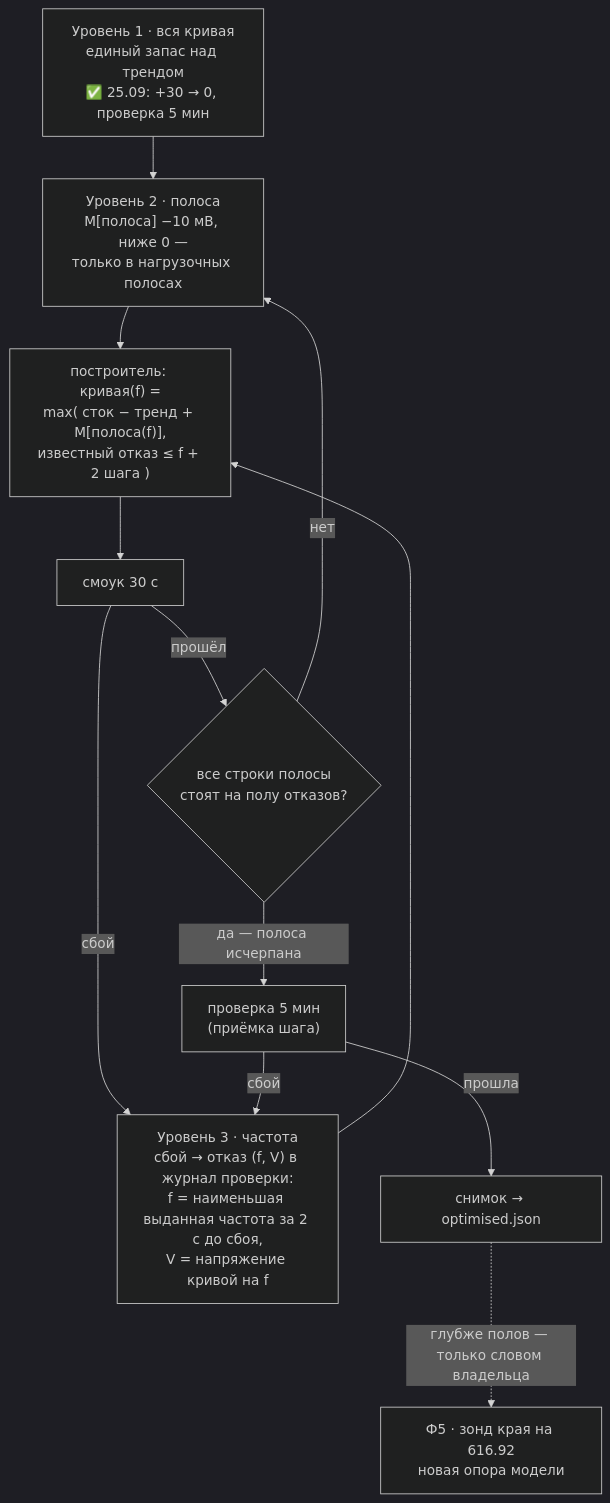
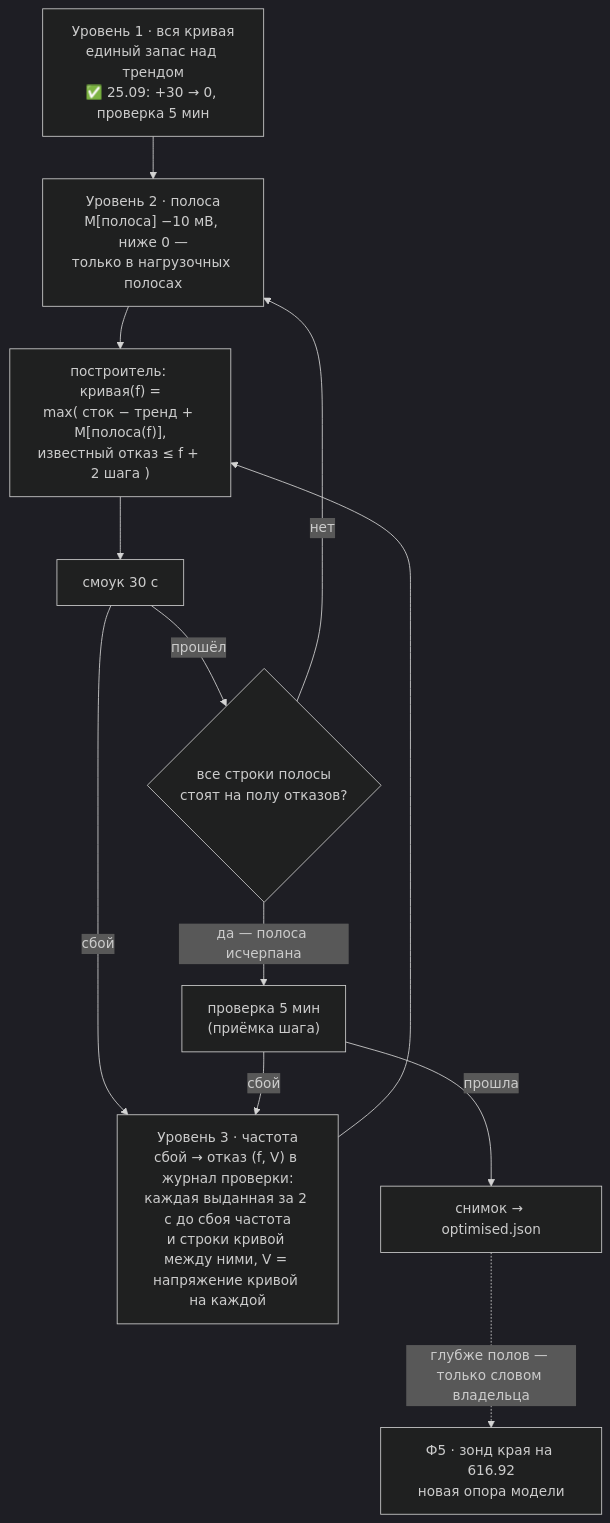
One commit to MikalaiKryvusha/KAGO changed the first of 2 diagrams in plans/105_epic101_phase2b_approximation_whole_curve_band_frequency.md. Above: the diagram before and after it, drawn with Mermaid (dark theme). The commit also changed other lines of this file and 5 other files, not shown here.

````diff
--- a/plans/105_epic101_phase2b_approximation_whole_curve_band_frequency.md
+++ b/plans/105_epic101_phase2b_approximation_whole_curve_band_frequency.md
@@ -41,14 +41,14 @@
 ```mermaid
 flowchart TD
     L1["Уровень 1 · вся кривая<br/>единый запас над трендом<br/>✅ 25.09: +30 → 0, проверка 5 мин"] --> L2
     L2["Уровень 2 · полоса<br/>M[полоса] −10 мВ, ниже 0 —<br/>только в нагрузочных полосах"] --> B["построитель: кривая(f) =<br/>max( сток − тренд + M[полоса(f)],<br/>известный отказ ≤ f + 2 шага )"]
     B --> SM["смоук 30 с"]
     SM -->|"сбой"| L3
     SM -->|"прошёл"| Q{"все строки полосы<br/>стоят на полу отказов?"}
     Q -->|"нет"| L2
     Q -->|"да — полоса исчерпана"| CH["проверка 5 мин<br/>(приёмка шага)"]
     CH -->|"прошла"| ACC["снимок → optimised.json"]
     CH -->|"сбой"| L3
-    L3["Уровень 3 · частота<br/>сбой → отказ (f, V) в журнал проверки:<br/>f = наименьшая выданная частота за 2 с до сбоя,<br/>V = напряжение кривой на f"] --> B
+    L3["Уровень 3 · частота<br/>сбой → отказ (f, V) в журнал проверки:<br/>каждая выданная за 2 с до сбоя частота<br/>и строки кривой между ними, V = напряжение кривой на каждой"] --> B
     ACC -.->|"глубже полов — только словом владельца"| P["Ф5 · зонд края на 616.92<br/>новая опора модели"]
 ```
````
